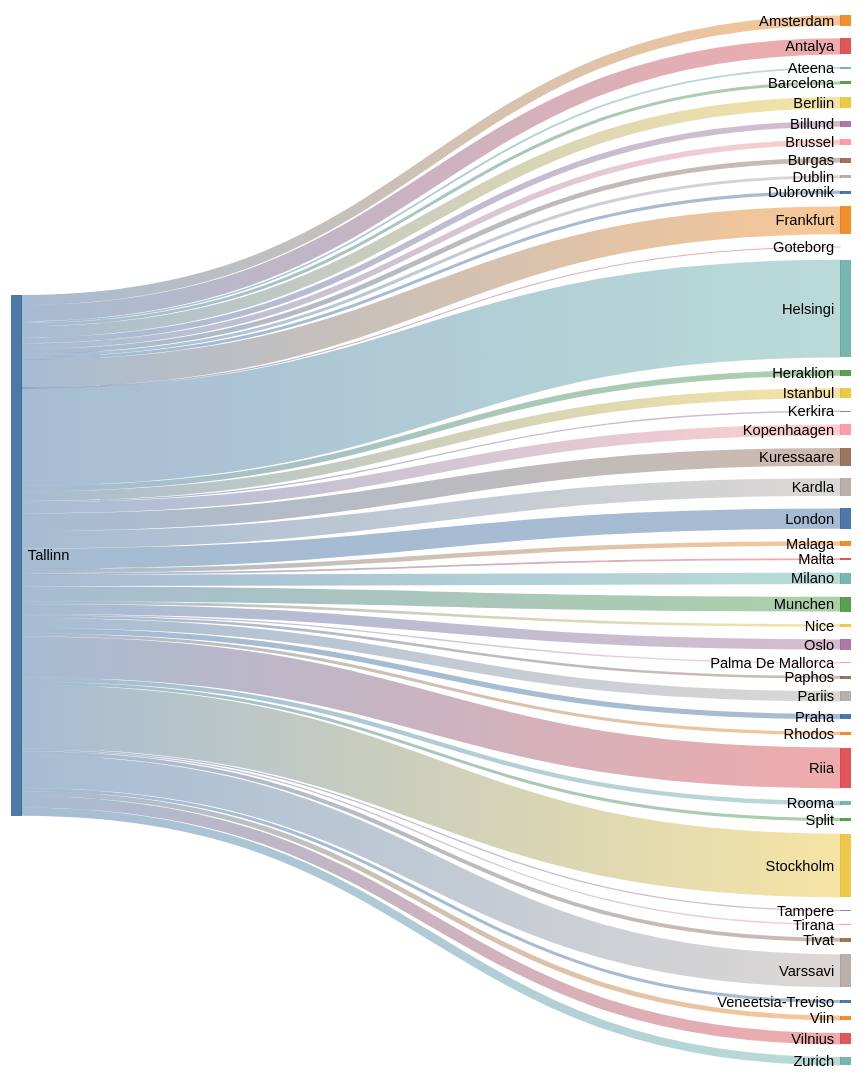
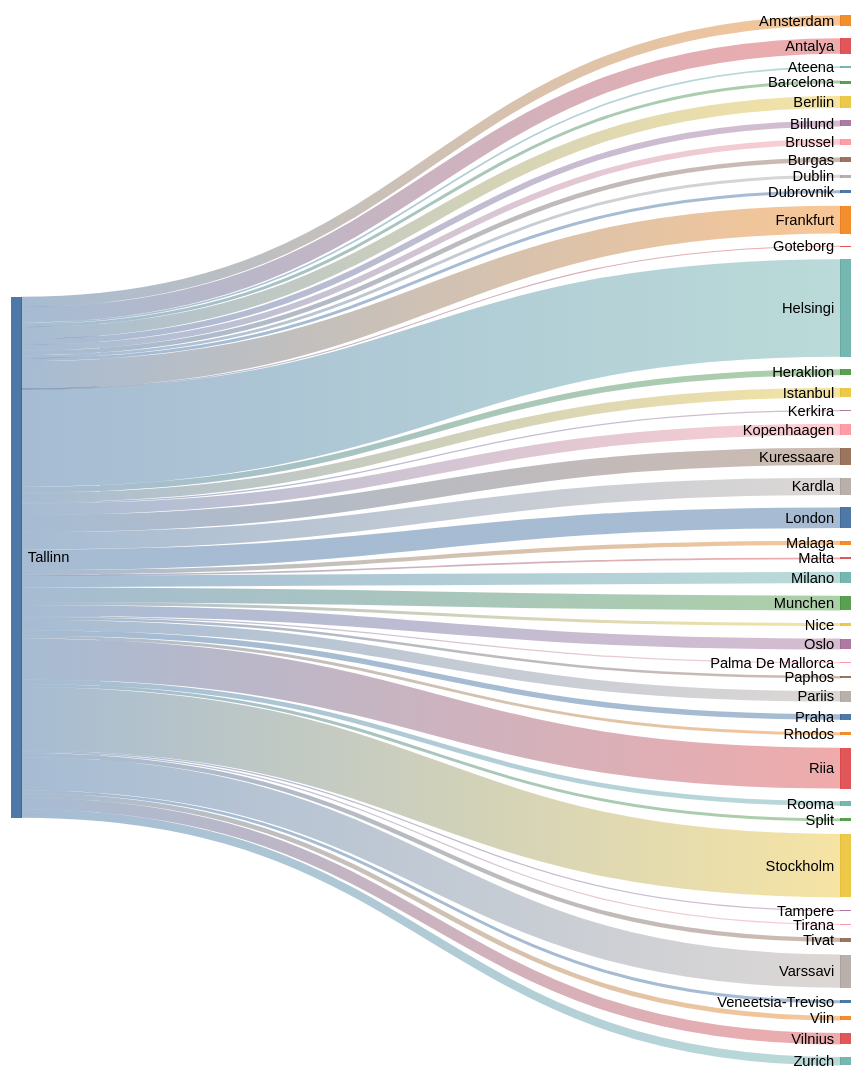
The second of 2 diagrams in README.md (rainermesi/tll-airport-departures), drawn with Mermaid (forest theme) before and after one commit. The commit also changed other lines of this file, not shown here.

````diff
--- a/README.md
+++ b/README.md
@@ -34,56 +34,56 @@
 ```mermaid
 ---
 config:
   sankey:
     showValues: false
     width: 800
     height: 1000
 ---
 sankey-beta
 %% source,target,value
-Tallinn,Amsterdam,23
+Tallinn,Amsterdam,24
 Tallinn,Antalya,37
 Tallinn,Ateena,4
 Tallinn,Barcelona,7
-Tallinn,Berliin,26
-Tallinn,Billund,13
-Tallinn,Brussel,13
+Tallinn,Berliin,28
+Tallinn,Billund,14
+Tallinn,Brussel,14
 Tallinn,Burgas,11
 Tallinn,Dublin,7
 Tallinn,Dubrovnik,7
-Tallinn,Frankfurt,63
+Tallinn,Frankfurt,66
 Tallinn,Goteborg,1
-Tallinn,Helsingi,222
-Tallinn,Heraklion,13
-Tallinn,Istanbul,22
+Tallinn,Helsingi,232
+Tallinn,Heraklion,14
+Tallinn,Istanbul,23
 Tallinn,Kerkira,3
-Tallinn,Kopenhaagen,25
-Tallinn,Kuressaare,40
-Tallinn,Kardla,40
-Tallinn,London,46
+Tallinn,Kopenhaagen,27
+Tallinn,Kuressaare,41
+Tallinn,Kardla,41
+Tallinn,London,49
 Tallinn,Malaga,10
 Tallinn,Malta,4
-Tallinn,Milano,26
-Tallinn,Munchen,34
-Tallinn,Nice,6
-Tallinn,Oslo,23
+Tallinn,Milano,27
+Tallinn,Munchen,35
+Tallinn,Nice,7
+Tallinn,Oslo,26
 Tallinn,Palma De Mallorca,3
 Tallinn,Paphos,6
-Tallinn,Pariis,23
-Tallinn,Praha,12
+Tallinn,Pariis,25
+Tallinn,Praha,13
 Tallinn,Rhodos,7
-Tallinn,Riia,93
-Tallinn,Rooma,10
+Tallinn,Riia,97
+Tallinn,Rooma,11
 Tallinn,Split,7
-Tallinn,Stockholm,145
+Tallinn,Stockholm,151
 Tallinn,Tampere,3
 Tallinn,Tirana,3
-Tallinn,Tivat,9
-Tallinn,Varssavi,75
+Tallinn,Tivat,10
+Tallinn,Varssavi,79
 Tallinn,Veneetsia-Treviso,7
 Tallinn,Viin,11
-Tallinn,Vilnius,26
-Tallinn,Zurich,19
+Tallinn,Vilnius,27
+Tallinn,Zurich,20
 
 
 ```
````
